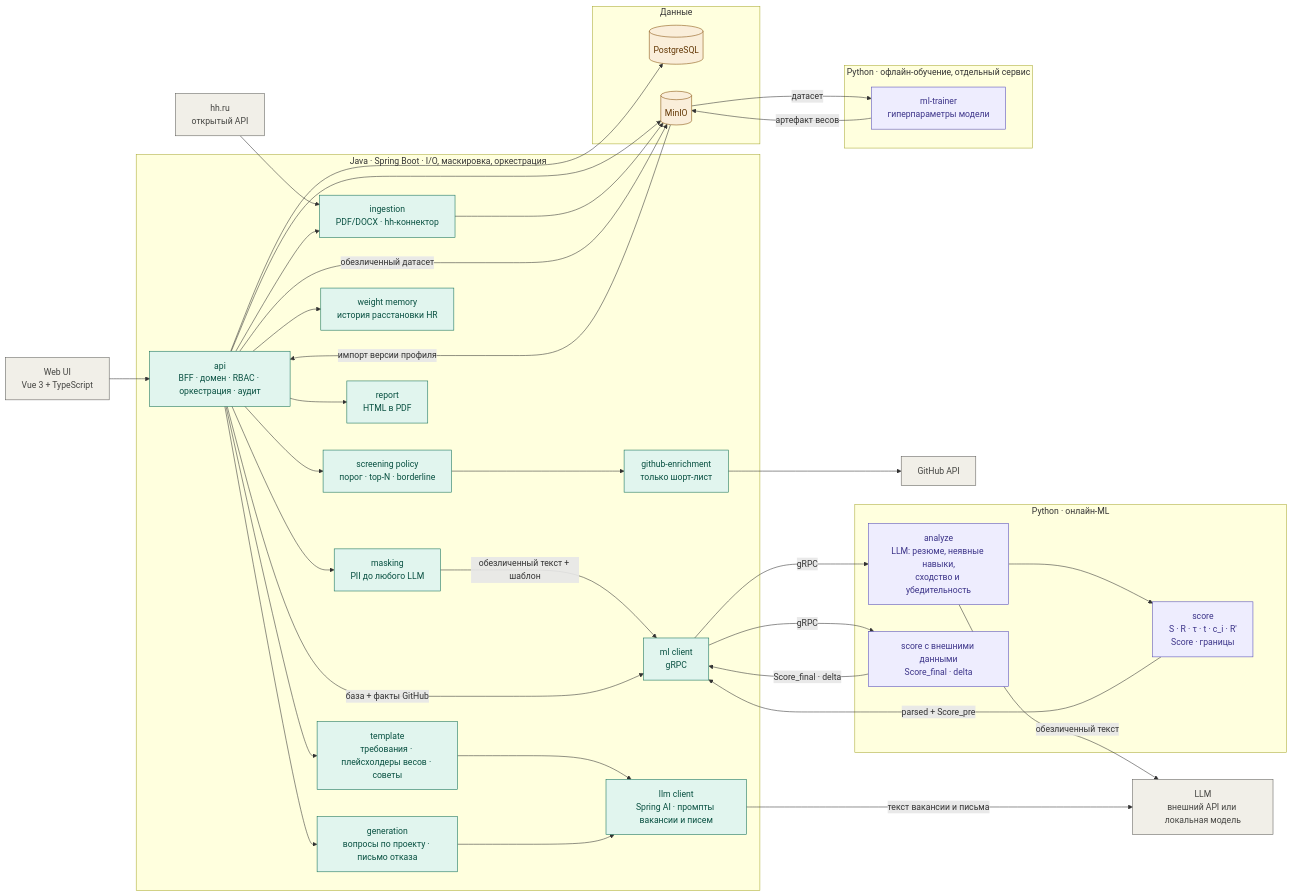
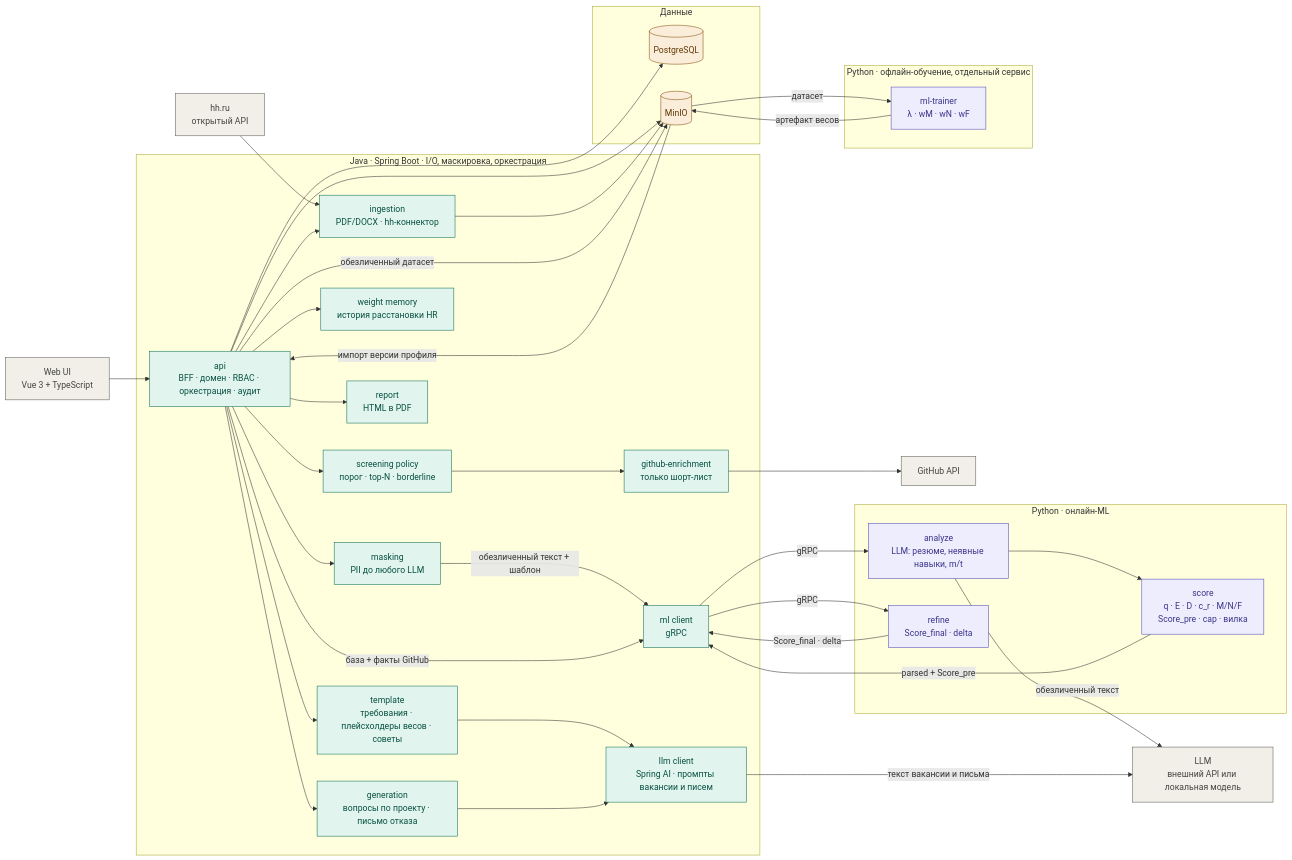
The second of 7 diagrams in README.md (MiZentUi/tracing_ats), drawn with Mermaid before and after one commit. The commit also changed other lines of this file and 131 other files, not shown here.

````diff
--- a/README.md
+++ b/README.md
@@ -167,79 +164,79 @@
 ```mermaid
 flowchart LR
     classDef ext fill:#F1EFE8,stroke:#5F5E5A,color:#444441
     classDef java fill:#E1F5EE,stroke:#0F6E56,color:#085041
     classDef py fill:#EEEDFE,stroke:#534AB7,color:#3C3489
     classDef data fill:#FAEEDA,stroke:#854F0B,color:#633806
 
     WEB["Web UI<br/>Vue 3 + TypeScript"]
     HH["hh.ru<br/>открытый API"]
     GH["GitHub API"]
     LLM["LLM<br/>внешний API или локальная модель"]
 
     subgraph JAVA["Java · Spring Boot · I/O, маскировка, оркестрация"]
         API["api<br/>BFF · домен · RBAC · оркестрация · аудит"]
         ING["ingestion<br/>PDF/DOCX · hh-коннектор"]
         MASK["masking<br/>PII до любого LLM"]
         TPL["template<br/>требования · плейсхолдеры весов · советы"]
         LLMC["llm client<br/>Spring AI · промпты вакансии и писем"]
         GEN["generation<br/>вопросы по проекту · письмо отказа"]
         ML["ml client<br/>gRPC"]
         WM["weight memory<br/>история расстановки HR"]
         POL["screening policy<br/>порог · top-N · borderline"]
         GHE["github-enrichment<br/>только шорт-лист"]
         REP["report<br/>HTML в PDF"]
     end
 
     subgraph PY["Python · онлайн-ML"]
-        ANALYZE["analyze<br/>LLM: резюме, неявные навыки,<br/>сходство и убедительность"]
-        SCORE["score<br/>S · R · τ · t · c_i · R'<br/>Score · границы"]
-        REFINE["score с внешними данными<br/>Score_final · delta"]
+        ANALYZE["analyze<br/>LLM: резюме, неявные навыки, m/t"]
+        SCORE["score<br/>q · E · D · c_r · M/N/F<br/>Score_pre · cap · вилка"]
+        REFINE["refine<br/>Score_final · delta"]
     end
 
     subgraph TRAIN["Python · офлайн-обучение, отдельный сервис"]
-        TR["ml-trainer<br/>гиперпараметры модели"]
+        TR["ml-trainer<br/>λ · wM · wN · wF"]
     end
 
     subgraph DATA["Данные"]
         PG[("PostgreSQL")]
         S3[("MinIO")]
     end
 
     WEB --> API
     HH --> ING
     API --> ING
     API --> MASK
     API --> TPL
     API --> GEN
     API --> WM
     API --> POL
     POL --> GHE
     GHE --> GH
     API --> REP
     API --> PG
     API --> S3
     ING --> S3
 
     TPL --> LLMC
     GEN --> LLMC
     LLMC -->|"текст вакансии и письма"| LLM
 
     MASK -->|"обезличенный текст + шаблон"| ML
     API -->|"база + факты GitHub"| ML
     ML -->|"gRPC"| ANALYZE
     ML -->|"gRPC"| REFINE
     ANALYZE -->|"обезличенный текст"| LLM
     ANALYZE --> SCORE
     SCORE -->|"parsed + Score_pre"| ML
     REFINE -->|"Score_final · delta"| ML
 
     API -->|"обезличенный датасет"| S3
     S3 -->|"датасет"| TR
     TR -->|"артефакт весов"| S3
     S3 -->|"импорт версии профиля"| API
 
     class WEB,HH,GH,LLM ext
     class API,ING,MASK,TPL,LLMC,GEN,ML,WM,POL,GHE,REP java
     class ANALYZE,SCORE,REFINE,TR py
     class PG,S3 data
 ```
````
